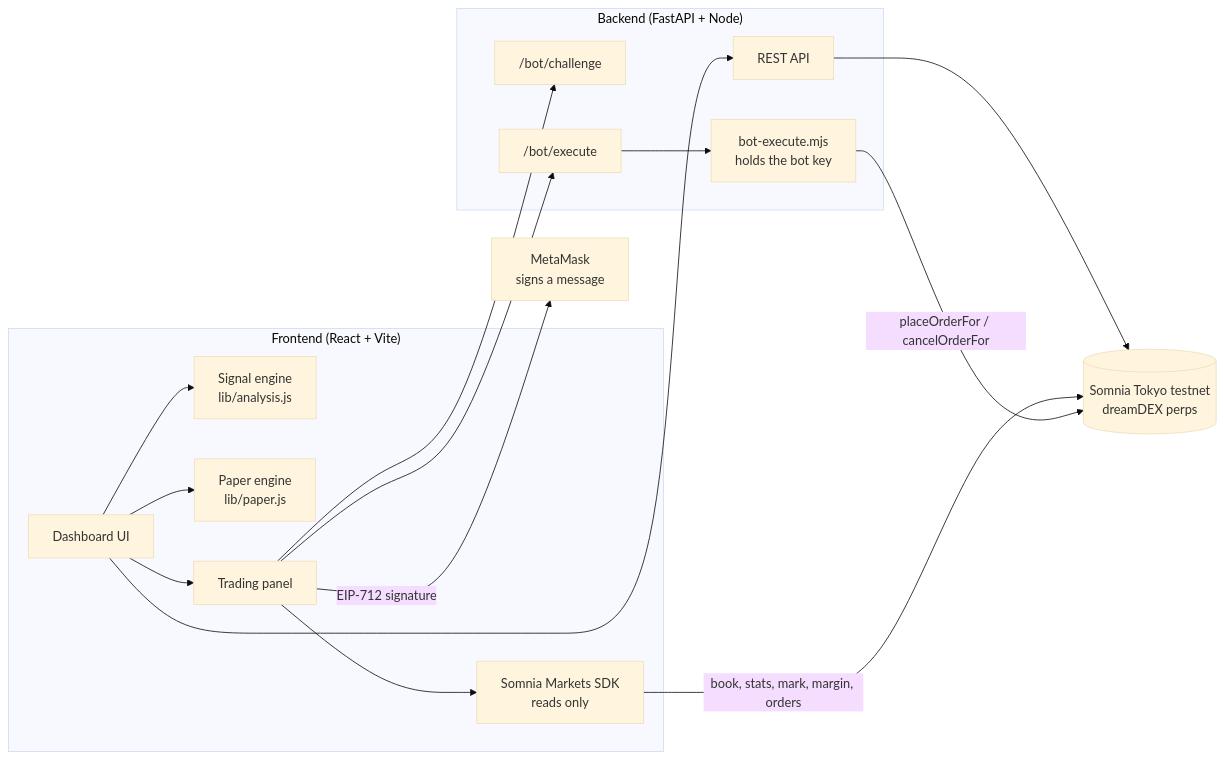
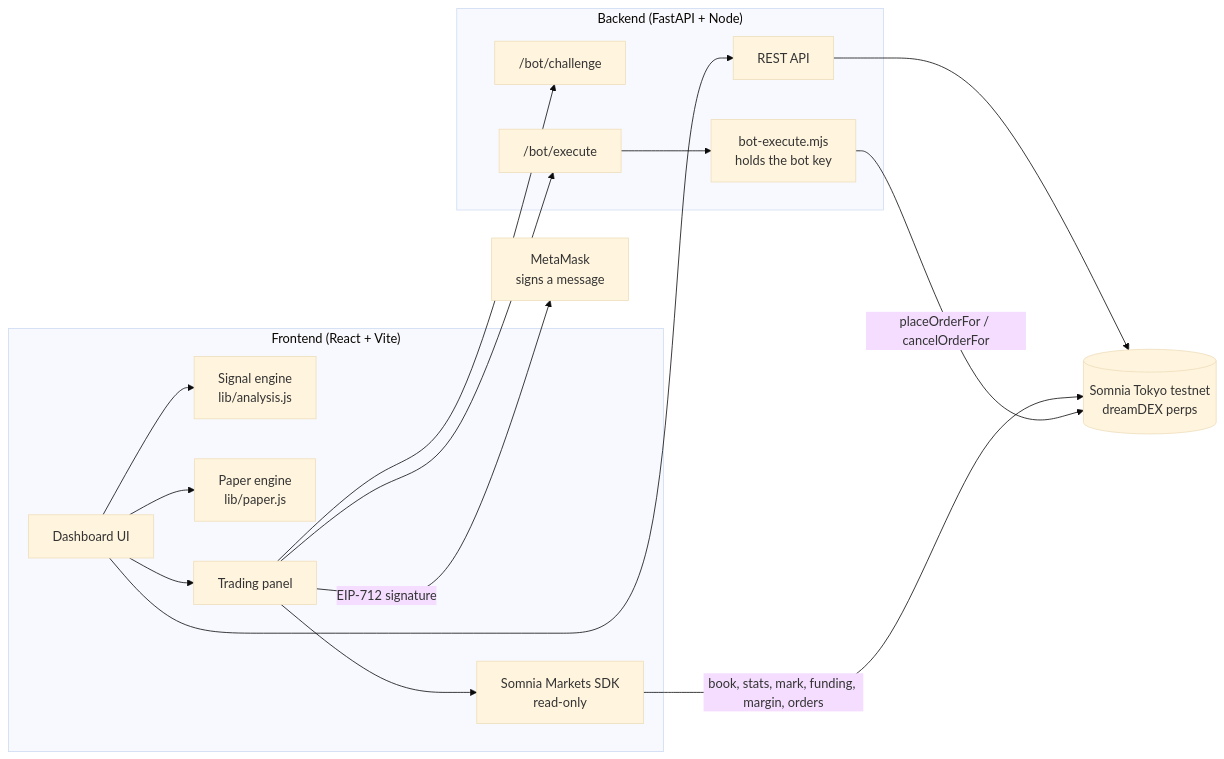
One commit to Hajrajadoon/PerpPilot-AI changed the second of 2 diagrams in README.md. Above: the diagram before and after it, drawn with Mermaid (base theme). The commit also changed other lines of this file and 12 other files, not shown here.

````diff
--- a/README.md
+++ b/README.md
@@ -43,27 +132,27 @@
 ```mermaid
 flowchart LR
     subgraph Browser["Frontend (React + Vite)"]
         UI[Dashboard UI]
         SIG[Signal engine<br/>lib/analysis.js]
         PAPER[Paper engine<br/>lib/paper.js]
         TRADE[Trading panel]
-        SDK[Somnia Markets SDK<br/>reads only]
+        SDK[Somnia Markets SDK<br/>read-only]
     end
     subgraph Backend["Backend (FastAPI + Node)"]
         API[REST API]
         CH1["/bot/challenge"]
         CH2["/bot/execute"]
         BOT[bot-execute.mjs<br/>holds the bot key]
     end
     W[MetaMask<br/>signs a message]
     CHAIN[(Somnia Tokyo testnet<br/>dreamDEX perps)]
 
     UI --> SIG
     UI --> PAPER
     UI --> TRADE
     UI --> API --> CHAIN
-    TRADE --> SDK -->|book, stats, mark, margin, orders| CHAIN
+    TRADE --> SDK -->|book, stats, mark, funding, margin, orders| CHAIN
     TRADE --> CH1
     TRADE -->|EIP-712 signature| W
     TRADE --> CH2 --> BOT -->|placeOrderFor / cancelOrderFor| CHAIN
 ```
````
